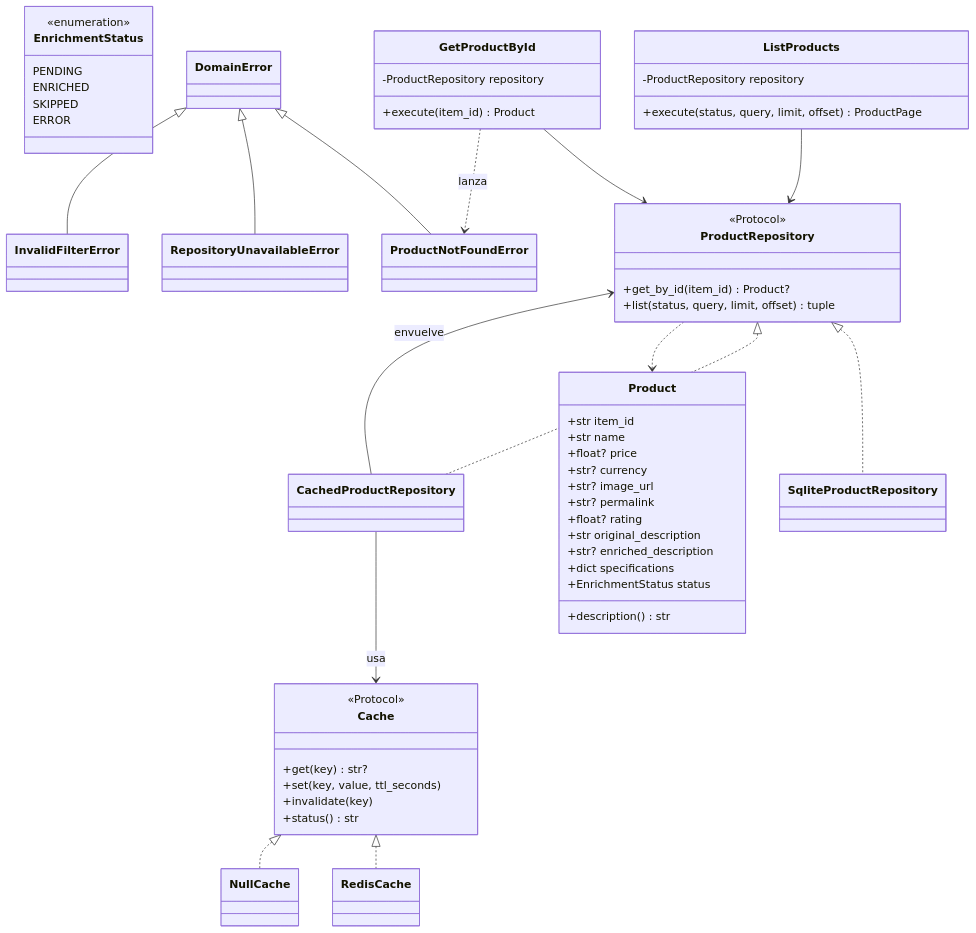
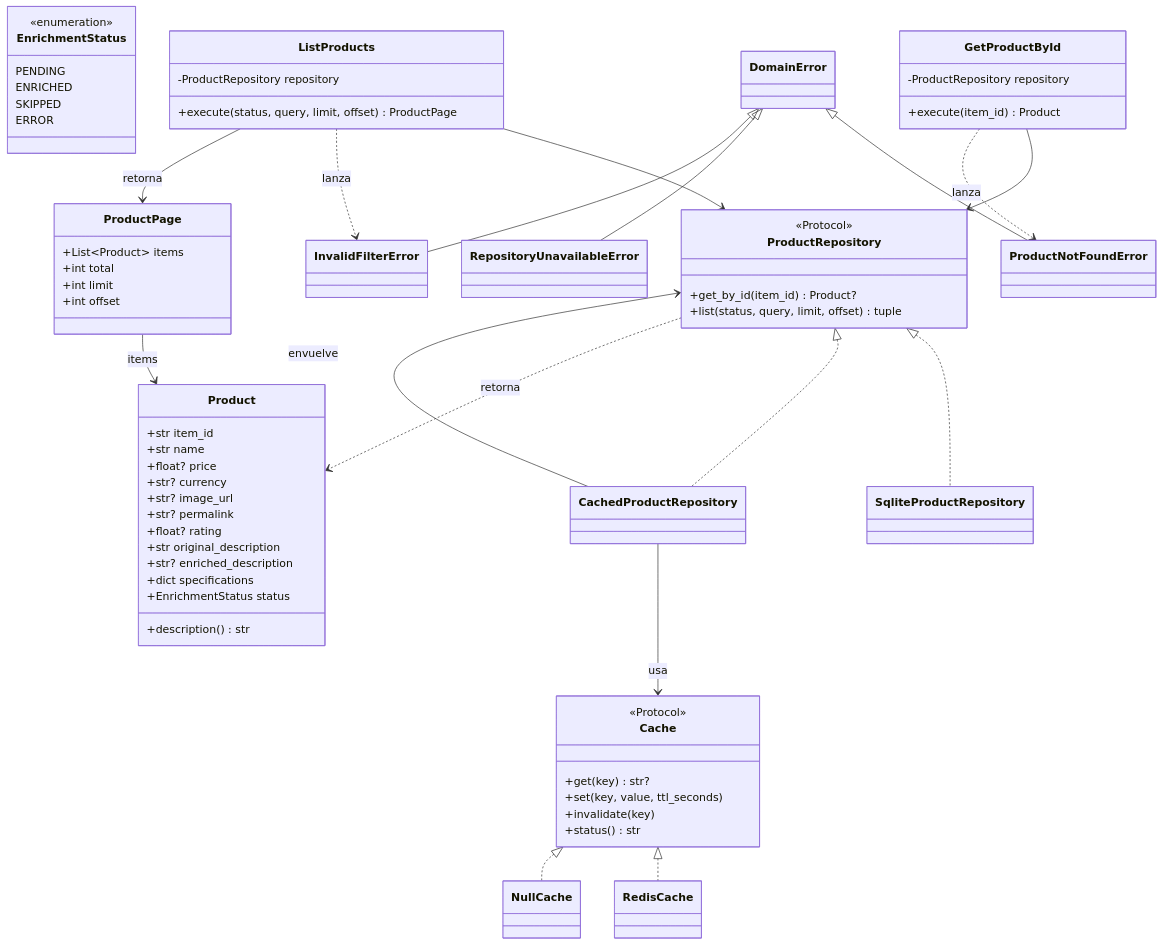
One commit to Joaquin1128/meli-data-governance-challenge changed the third of 3 diagrams in docs/architecture.md. Above: the diagram before and after it, drawn with Mermaid. The commit also changed other lines of this file and 1 other file, not shown here.

````diff
--- a/docs/architecture.md
+++ b/docs/architecture.md
@@ -402,6 +428,13 @@
         ENRICHED
         SKIPPED
         ERROR
+    }
+
+    class ProductPage {
+        +List~Product~ items
+        +int total
+        +int limit
+        +int offset
     }
 
     class DomainError
@@ -451,5 +484,8 @@
     GetProductById --> ProductRepository
     ListProducts --> ProductRepository
     GetProductById ..> ProductNotFoundError : lanza
-    ProductRepository ..> Product
+    ListProducts ..> InvalidFilterError : lanza
+    ListProducts --> ProductPage : retorna
+    ProductPage --> Product : items
+    ProductRepository ..> Product : retorna
 ```
````
